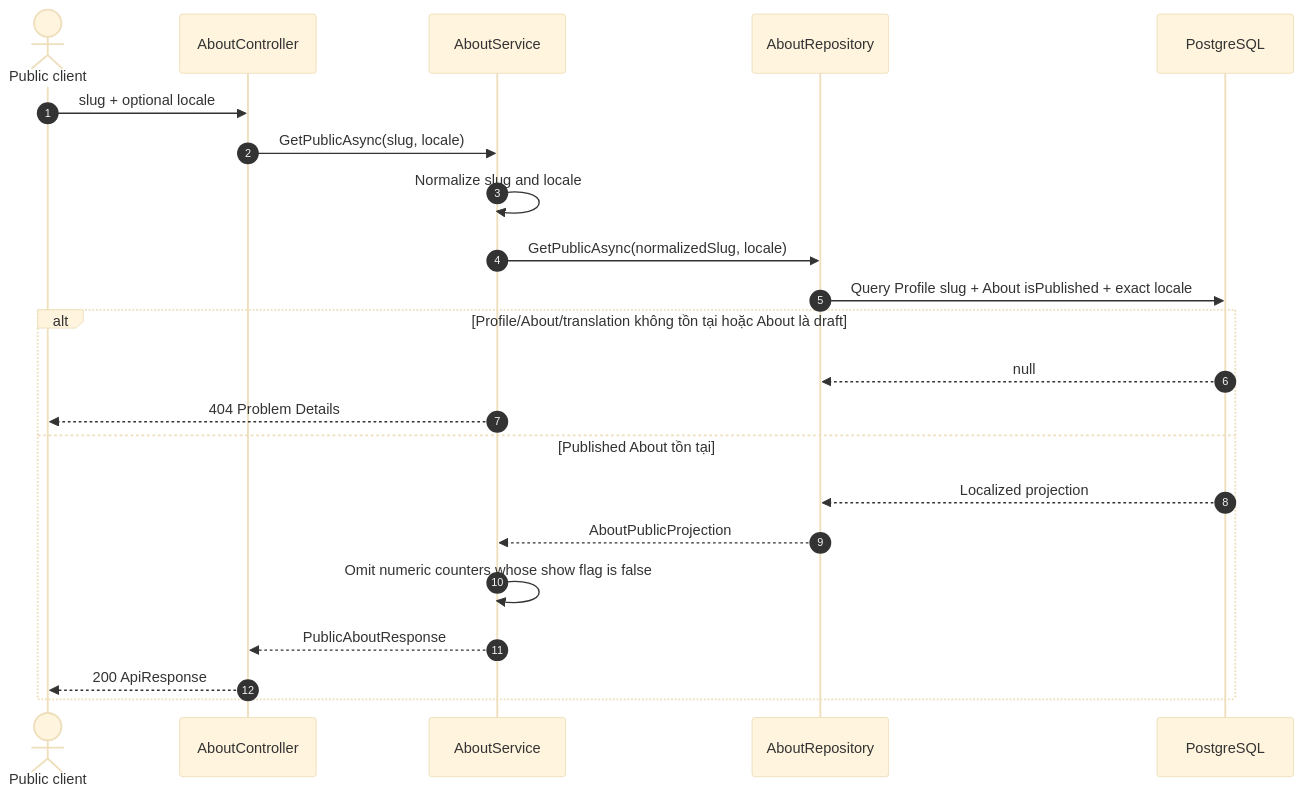
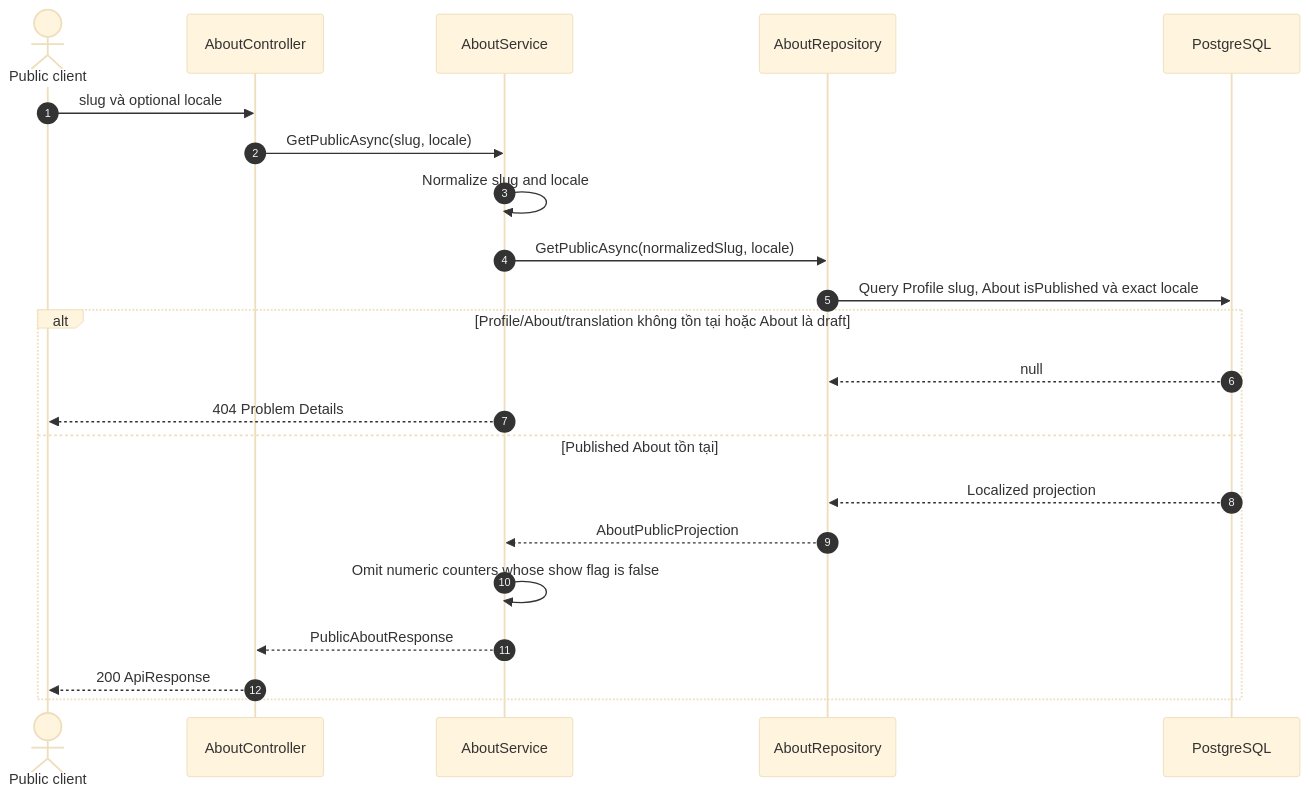
Before and after one commit to hoangnam-dev/CG03_AboutMe_API: the ninth of 19 diagrams in docs/architecture/CURRENT_PROCESS_FLOWS.md, drawn with Mermaid (base theme). The commit also changed other lines of this file and 16 other files, not shown here.

````diff
--- a/docs/architecture/CURRENT_PROCESS_FLOWS.md
+++ b/docs/architecture/CURRENT_PROCESS_FLOWS.md
@@ -258,25 +365,25 @@
 ```mermaid
 sequenceDiagram
     autonumber
     actor Client as Public client
     participant Controller as AboutController
     participant Service as AboutService
     participant Repo as AboutRepository
     participant DB as PostgreSQL
 
-    Client->>Controller: slug + optional locale
+    Client->>Controller: slug và optional locale
     Controller->>Service: GetPublicAsync(slug, locale)
     Service->>Service: Normalize slug and locale
     Service->>Repo: GetPublicAsync(normalizedSlug, locale)
-    Repo->>DB: Query Profile slug + About isPublished + exact locale
+    Repo->>DB: Query Profile slug, About isPublished và exact locale
     alt Profile/About/translation không tồn tại hoặc About là draft
         DB-->>Repo: null
         Service-->>Client: 404 Problem Details
     else Published About tồn tại
         DB-->>Repo: Localized projection
         Repo-->>Service: AboutPublicProjection
         Service->>Service: Omit numeric counters whose show flag is false
         Service-->>Controller: PublicAboutResponse
         Controller-->>Client: 200 ApiResponse
     end
 ```
````
